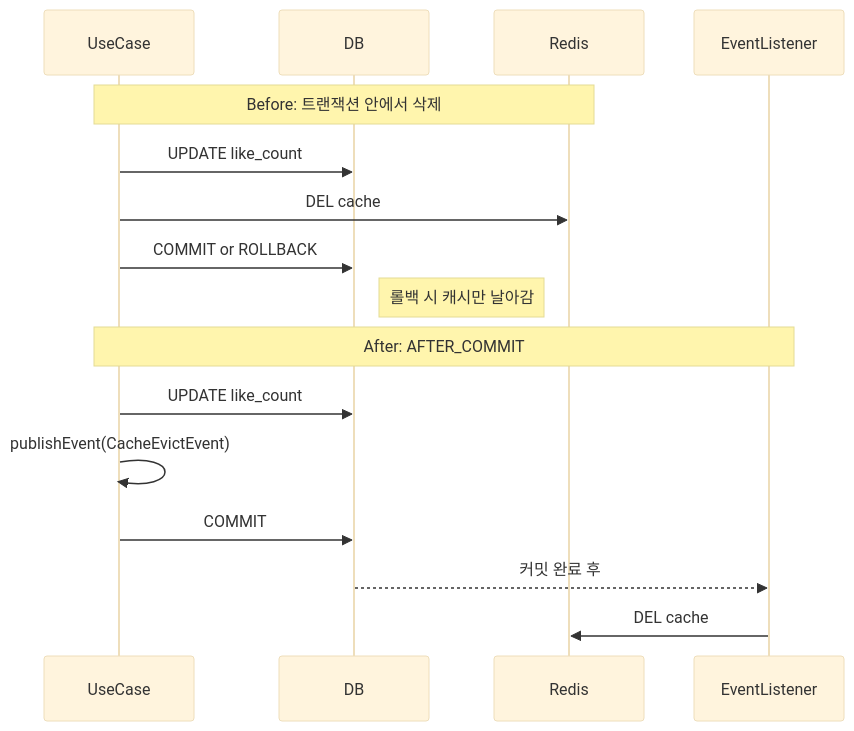
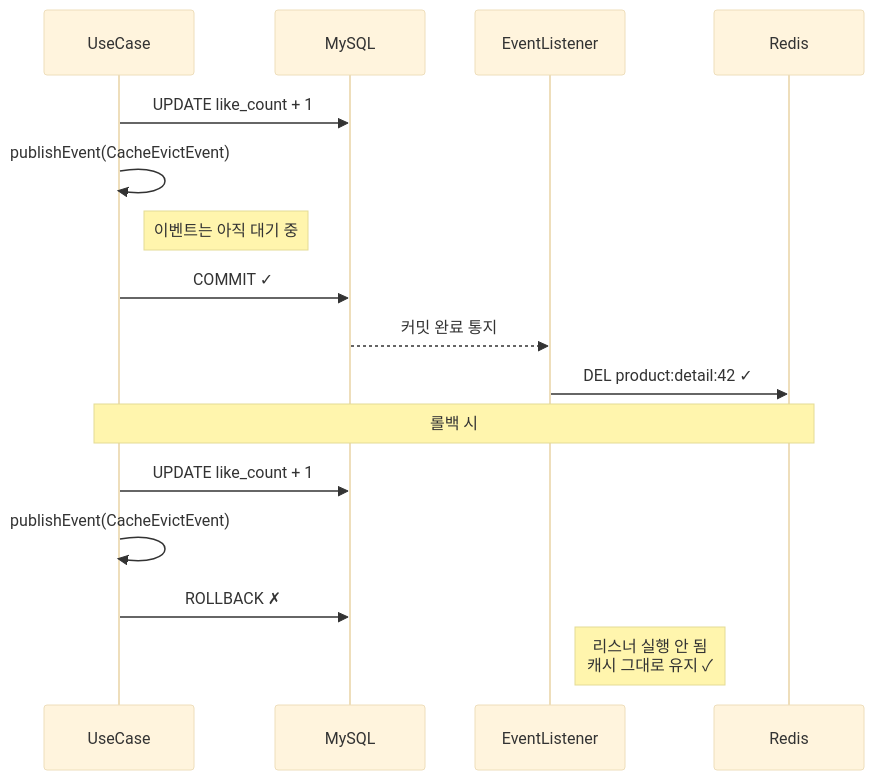
Before and after one commit to hyungkishin/hyungkishin.github.io: the seventh of 10 diagrams in contents/posts/roopers/technical-writing/round5/index.md, drawn with Mermaid (base theme). The commit also changed other lines of this file, not shown here.

````diff
--- a/contents/posts/roopers/technical-writing/round5/index.md
+++ b/contents/posts/roopers/technical-writing/round5/index.md
@@ -216,20 +425,20 @@
 ```mermaid
 sequenceDiagram
-    participant UseCase
-    participant DB
-    participant Redis
-    participant EventListener
+    participant UC as UseCase
+    participant DB as MySQL
+    participant EV as EventListener
+    participant Redis as Redis
 
-    Note over UseCase,Redis: Before: 트랜잭션 안에서 삭제
-    UseCase->>DB: UPDATE like_count
-    UseCase->>Redis: DEL cache
-    UseCase->>DB: COMMIT or ROLLBACK
-    Note right of DB: 롤백 시 캐시만 날아감
+    UC->>DB: UPDATE like_count + 1
+    UC->>UC: publishEvent(CacheEvictEvent)
+    Note right of UC: 이벤트는 아직 대기 중
+    UC->>DB: COMMIT ✓
+    DB-->>EV: 커밋 완료 통지
+    EV->>Redis: DEL product:detail:42 ✓
 
-    Note over UseCase,EventListener: After: AFTER_COMMIT
-    UseCase->>DB: UPDATE like_count
-    UseCase->>UseCase: publishEvent(CacheEvictEvent)
-    UseCase->>DB: COMMIT
-    DB-->>EventListener: 커밋 완료 후
-    EventListener->>Redis: DEL cache
+    Note over UC,Redis: 롤백 시
+    UC->>DB: UPDATE like_count + 1
+    UC->>UC: publishEvent(CacheEvictEvent)
+    UC->>DB: ROLLBACK ✗
+    Note right of EV: 리스너 실행 안 됨<br/>캐시 그대로 유지 ✓
 ```
````
